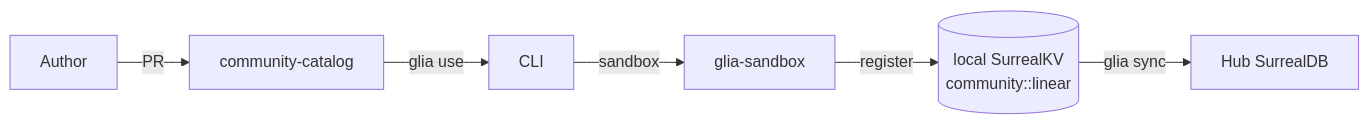
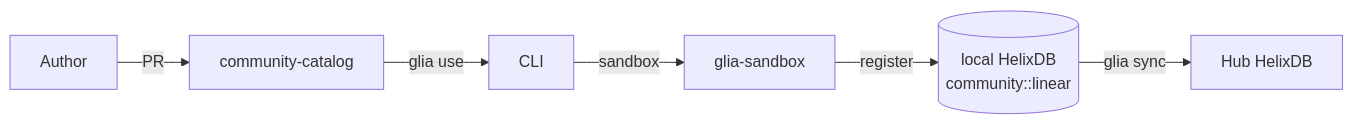
The diagram in docs/catalog.md (Vellixia/Glia), drawn with Mermaid before and after one commit. The commit also changed other lines of this file and 40 other files, not shown here.

First line of the commit message:
feat(v0.2.0): migrate SurrealDB to HelixDB + single-gateway architecture

````diff
--- a/docs/catalog.md
+++ b/docs/catalog.md
@@ -69,8 +69,8 @@
 ```mermaid
 flowchart LR
     A[Author] -->|PR| C[community-catalog]
     C -->|glia use| CLI
     CLI -->|sandbox| SAND[glia-sandbox]
-    SAND -->|register| LDB[("local SurrealKV<br/>community::linear")]
-    LDB -->|glia sync| HUB[Hub SurrealDB]
+    SAND -->|register| LDB[("local HelixDB<br/>community::linear")]
+    LDB -->|glia sync| HUB[Hub HelixDB]
 ```
````
